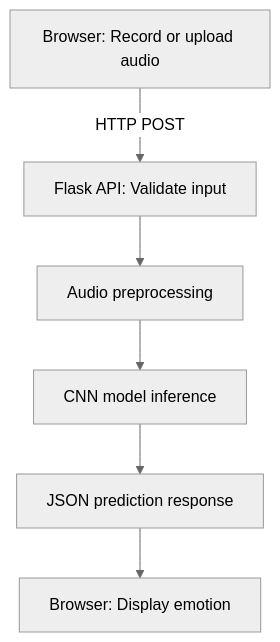
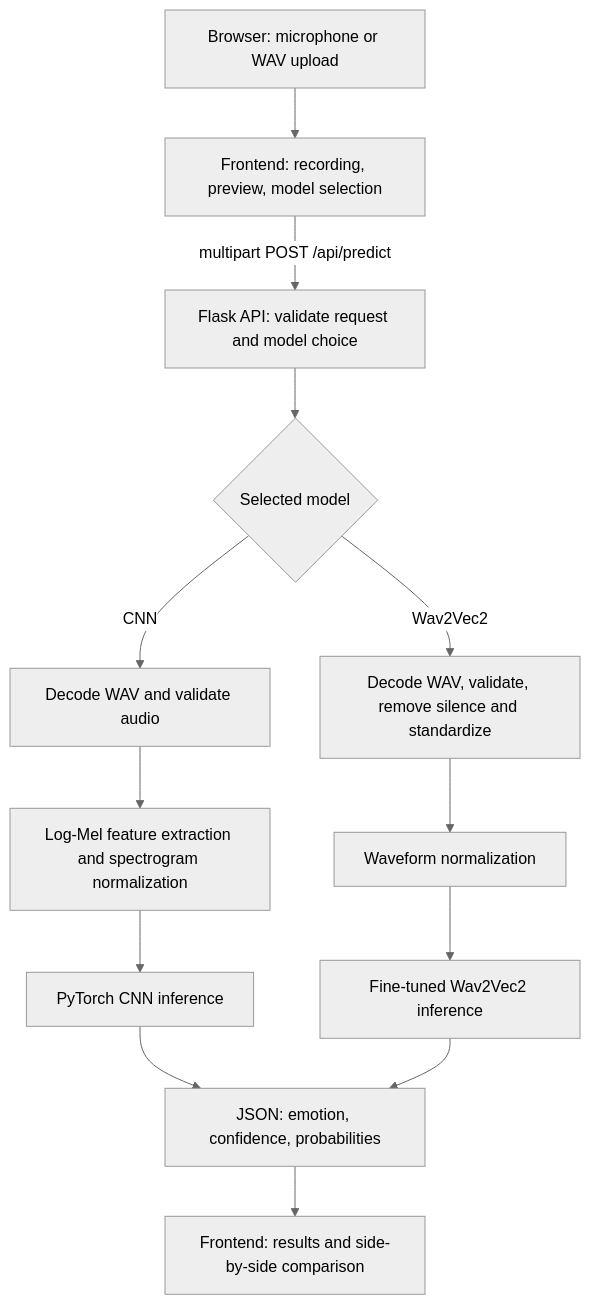
Before and after one commit to NeginAbbasabadi/Speech-Emotion-Recognition: the diagram in Docs/architecture.md, drawn with Mermaid (neutral theme). The commit also changed other lines of this file and 1 other file, not shown here.

Commit message:
update architecture and software requirements

````diff
--- a/Docs/architecture.md
+++ b/Docs/architecture.md
@@ -1,8 +9,15 @@
 ```mermaid
-graph TD
-    A[Browser: Record or upload audio] -->|HTTP POST| B[Flask API: Validate input]
-    B --> C[Audio preprocessing]
-    C --> D[CNN model inference]
-    D --> E[JSON prediction response]
-    E --> F[Browser: Display emotion]
+flowchart TD
+    A[Browser: microphone or WAV upload] --> B[Frontend: recording, preview, model selection]
+    B -->|multipart POST /api/predict| C[Flask API: validate request and model choice]
+    C --> D{Selected model}
+    D -->|CNN| E[Decode WAV and validate audio]
+    E --> F[Log-Mel feature extraction and spectrogram normalization]
+    F --> G[PyTorch CNN inference]
+    D -->|Wav2Vec2| H[Decode WAV, validate, remove silence and standardize]
+    H --> I[Waveform normalization]
+    I --> J[Fine-tuned Wav2Vec2 inference]
+    G --> K[JSON: emotion, confidence, probabilities]
+    J --> K
+    K --> L[Frontend: results and side-by-side comparison]
 ```
````
